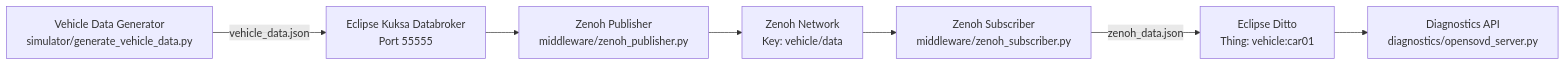
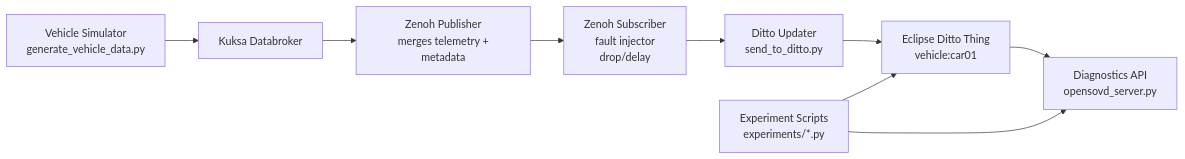
The diagram in README.md (aliza-rizwan/sdv-pipeline), drawn with Mermaid before and after one commit. The commit also changed other lines of this file and 121 other files, not shown here.

Commit message:
Iteration 2: latency experiments, fault injection, validation

````diff
--- a/README.md
+++ b/README.md
@@ -29,17 +40,12 @@
 ```mermaid
 flowchart LR
-	A[Vehicle Data Generator\nsimulator/generate_vehicle_data.py]
-	B[Eclipse Kuksa Databroker\nPort 55555]
-	C[Zenoh Publisher\nmiddleware/zenoh_publisher.py]
-	D[Zenoh Network\nKey: vehicle/data]
-	E[Zenoh Subscriber\nmiddleware/zenoh_subscriber.py]
-	F[Eclipse Ditto\nThing: vehicle:car01]
-	G[Diagnostics API\ndiagnostics/opensovd_server.py]
+    A[Vehicle Simulator\n generate_vehicle_data.py] --> B[Kuksa Databroker]
+    B --> C[Zenoh Publisher\n merges telemetry + metadata]
+    C --> D[Zenoh Subscriber\n fault injector\n drop/delay]
+    D --> E[Ditto Updater\n send_to_ditto.py]
+    E --> F[Eclipse Ditto Thing\n vehicle:car01]
+    F --> G[Diagnostics API\n opensovd_server.py]
 
-	A -->|vehicle_data.json| B
-	B --> C
-	C --> D
-	D --> E
-	E -->|zenoh_data.json| F
-	F --> G
+    H[Experiment Scripts\n experiments/*.py] --> G
+    H --> F
 ```
````
